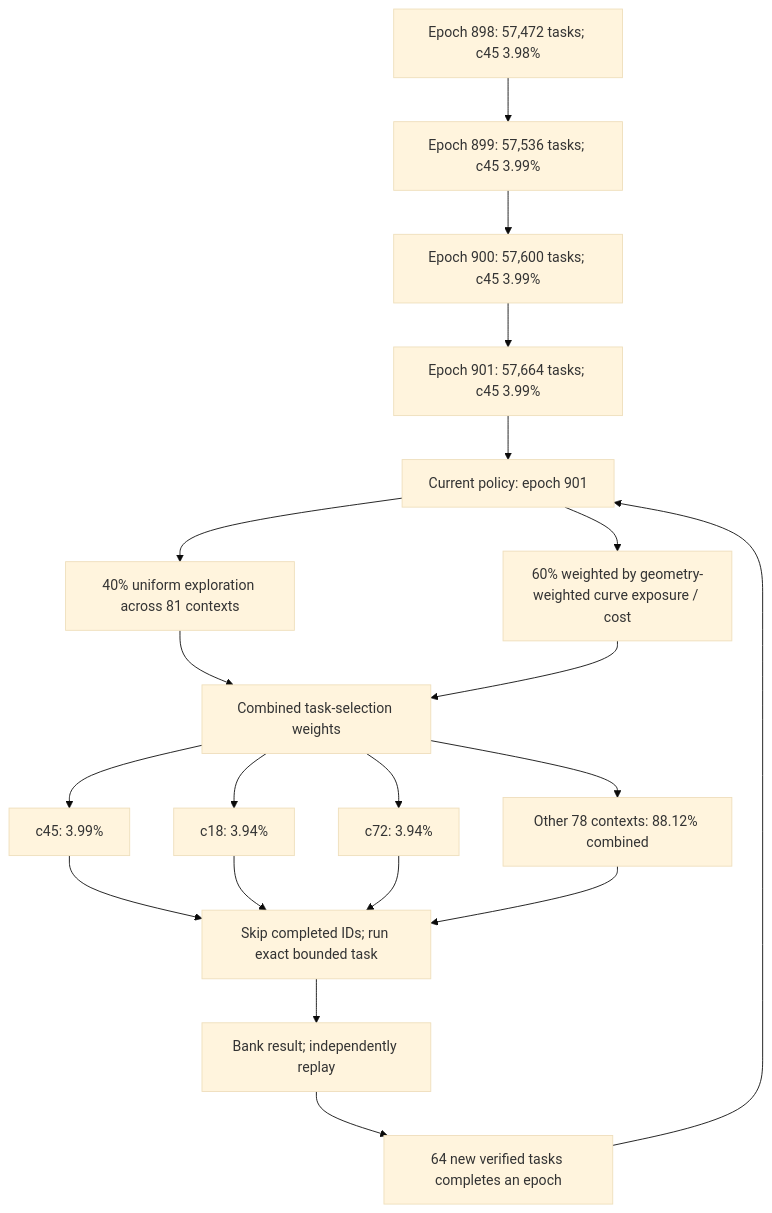
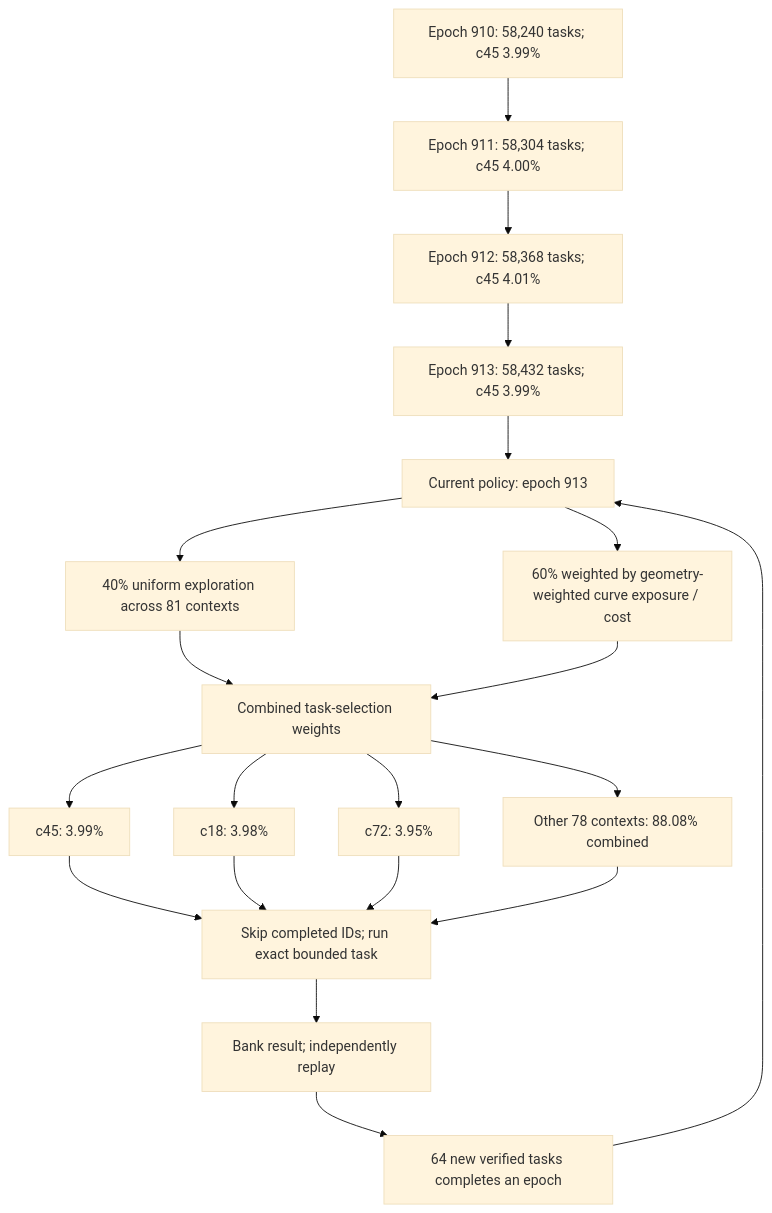
Before and after one commit to Kuberwastaken/math-gambling: the first of 3 diagrams in README.md, drawn with Mermaid (base theme). The commit also changed other lines of this file and 1650 other files, not shown here.

````diff
--- a/README.md
+++ b/README.md
@@ -55,27 +55,27 @@
 ```mermaid
 flowchart TD
-    H0["Epoch 898: 57,472 tasks; c45 3.98%"]
-    H1["Epoch 899: 57,536 tasks; c45 3.99%"]
+    H0["Epoch 910: 58,240 tasks; c45 3.99%"]
+    H1["Epoch 911: 58,304 tasks; c45 4.00%"]
     H0 --> H1
-    H2["Epoch 900: 57,600 tasks; c45 3.99%"]
+    H2["Epoch 912: 58,368 tasks; c45 4.01%"]
     H1 --> H2
-    H3["Epoch 901: 57,664 tasks; c45 3.99%"]
+    H3["Epoch 913: 58,432 tasks; c45 3.99%"]
     H2 --> H3
-    Policy["Current policy: epoch 901"]
+    Policy["Current policy: epoch 913"]
     H3 --> Policy
     Policy --> Explore["40% uniform exploration across 81 contexts"]
     Policy --> Cost["60% weighted by geometry-weighted curve exposure / cost"]
     Explore --> Mix["Combined task-selection weights"]
     Cost --> Mix
     Mix --> C0["c45: 3.99%"]
-    Mix --> C1["c18: 3.94%"]
-    Mix --> C2["c72: 3.94%"]
-    Mix --> Rest["Other 78 contexts: 88.12% combined"]
+    Mix --> C1["c18: 3.98%"]
+    Mix --> C2["c72: 3.95%"]
+    Mix --> Rest["Other 78 contexts: 88.08% combined"]
     C0 --> Check["Skip completed IDs; run exact bounded task"]
     C1 --> Check
     C2 --> Check
     Rest --> Check
     Check --> Replay["Bank result; independently replay"]
     Replay --> Gate["64 new verified tasks completes an epoch"]
     Gate --> Policy
 ```
````
